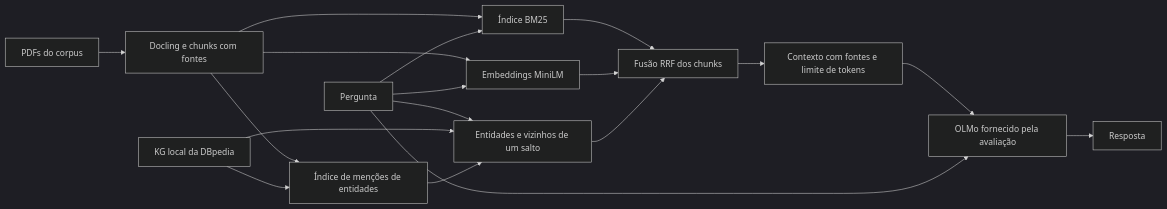
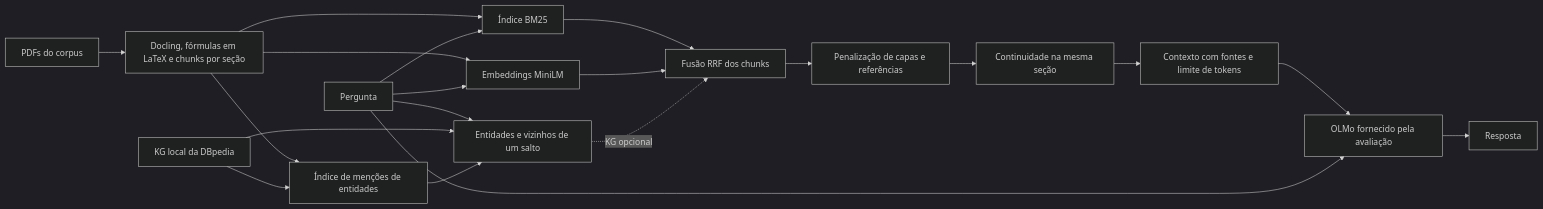
One commit to ArthurTRamos/IEEE-Challenge changed the diagram in docs/technical-overview.md. Above: the diagram before and after it, drawn with Mermaid (dark theme). The commit also changed other lines of this file and 25 other files, not shown here.

````diff
--- a/docs/technical-overview.md
+++ b/docs/technical-overview.md
@@ -9,20 +9,22 @@
 ```mermaid
 flowchart LR
-    P[PDFs do corpus] --> D[Docling e chunks com fontes]
+    P[PDFs do corpus] --> D[Docling, fórmulas em LaTeX e chunks por seção]
     D --> B[Índice BM25]
     D --> E[Embeddings MiniLM]
     D --> I[Índice de menções de entidades]
     K[KG local da DBpedia] --> I
     Q[Pergunta] --> B
     Q --> E
     Q --> G[Entidades e vizinhos de um salto]
     K --> G
     I --> G
     B --> R[Fusão RRF dos chunks]
     E --> R
-    G --> R
-    R --> C[Contexto com fontes e limite de tokens]
+    G -. KG opcional .-> R
+    R --> M[Penalização de capas e referências]
+    M --> V[Continuidade na mesma seção]
+    V --> C[Contexto com fontes e limite de tokens]
     C --> L[OLMo fornecido pela avaliação]
     Q --> L
     L --> A[Resposta]
 ```
````
